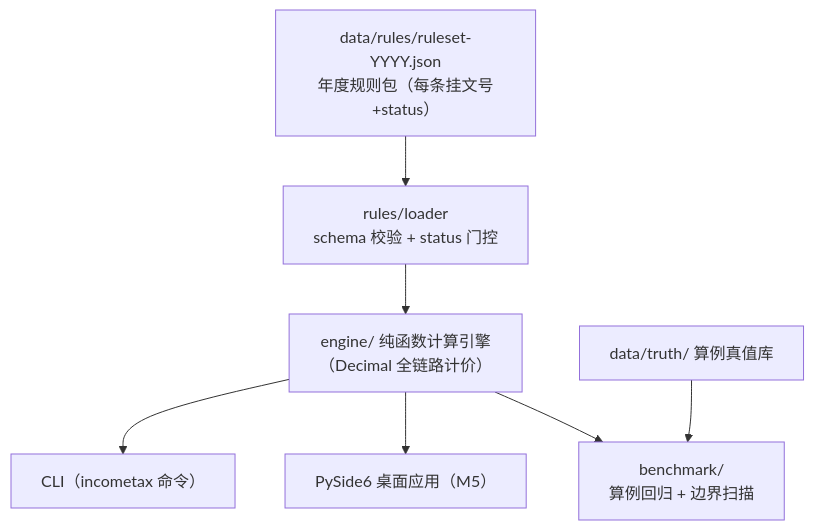
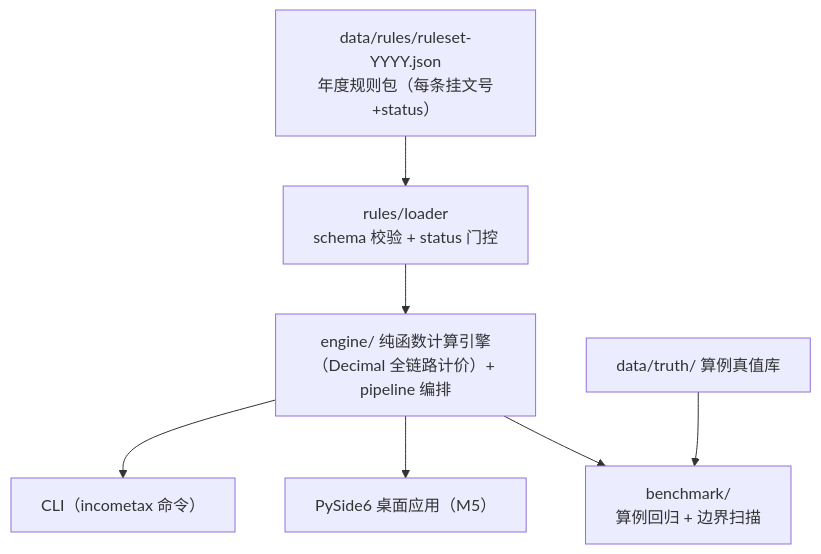
Before and after one commit to yuluo554/income-tax-calculator: the diagram in README.md, drawn with Mermaid. The commit also changed other lines of this file and 35 other files, not shown here.

````diff
--- a/README.md
+++ b/README.md
@@ -28,9 +30,9 @@
 ```mermaid
 flowchart TB
     RJ["data/rules/ruleset-YYYY.json<br/>年度规则包（每条挂文号+status）"] --> LD["rules/loader<br/>schema 校验 + status 门控"]
-    LD --> EN["engine/ 纯函数计算引擎<br/>（Decimal 全链路计价）"]
+    LD --> EN["engine/ 纯函数计算引擎<br/>（Decimal 全链路计价）+ pipeline 编排"]
     EN --> CLI["CLI（incometax 命令）"]
     EN --> GUI["PySide6 桌面应用（M5）"]
     TR["data/truth/ 算例真值库"] --> BZ["benchmark/<br/>算例回归 + 边界扫描"]
     EN --> BZ
 ```
````
